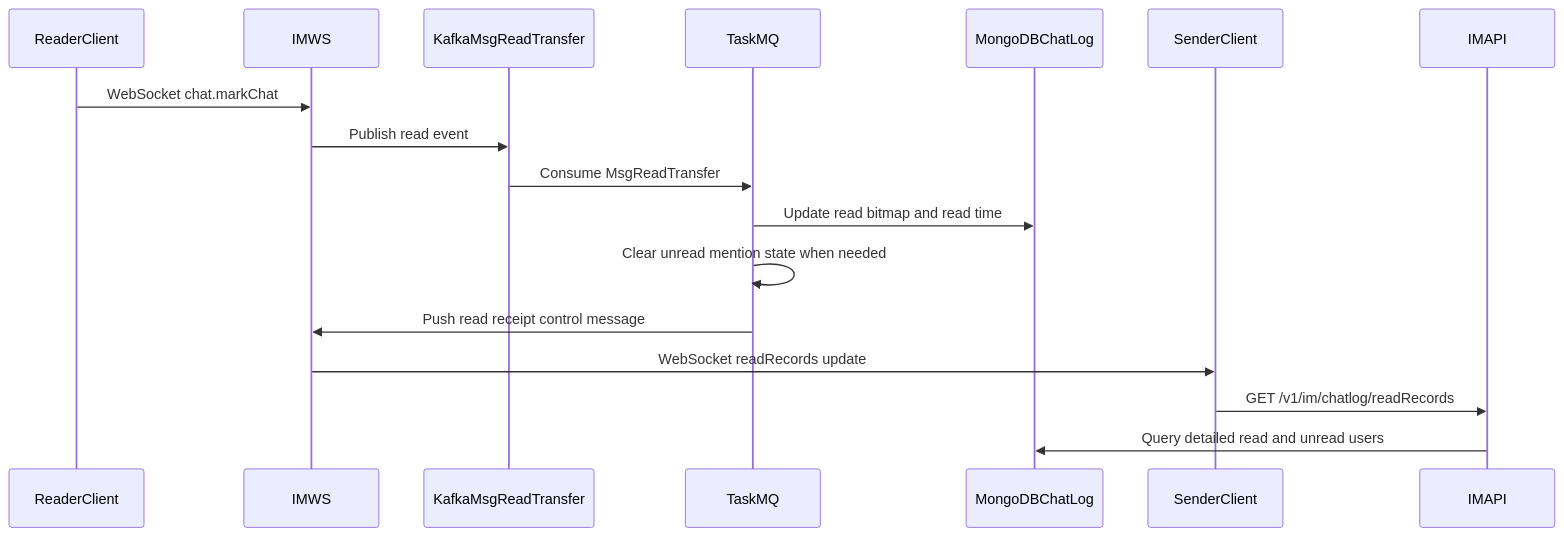
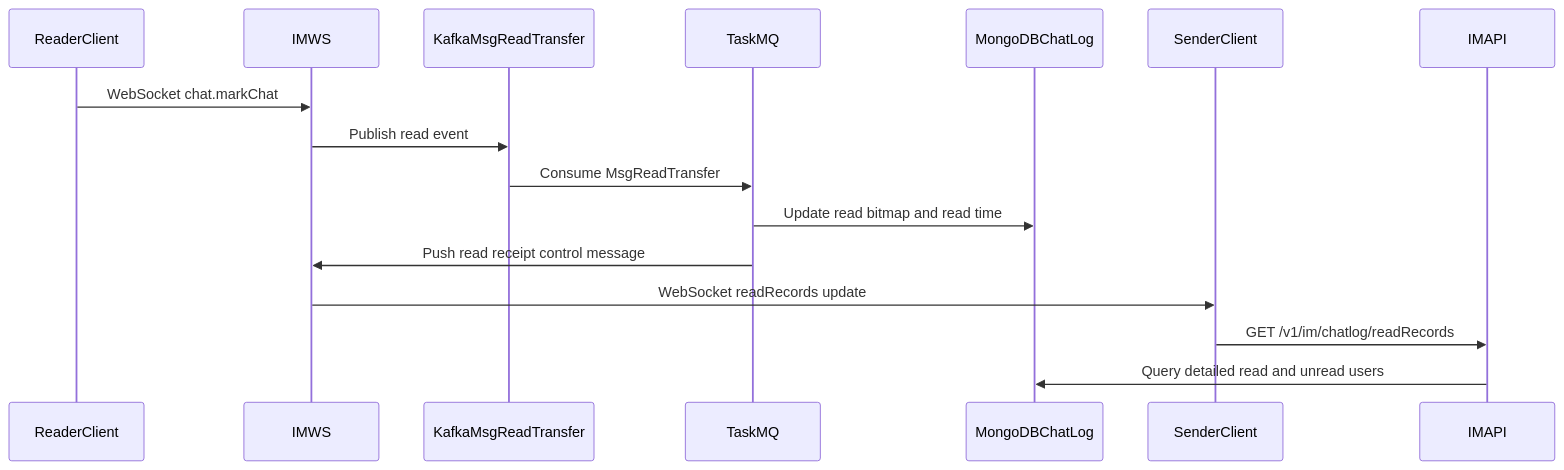
Before and after one commit to iceymoss/go-hichat-api: the second of 4 diagrams in README.md, drawn with Mermaid. The commit also changed other lines of this file and 1 other file, not shown here.

Commit message:
docs: improve README architecture overview

````diff
--- a/README.md
+++ b/README.md
@@ -252,12 +117,11 @@
 ```mermaid
 sequenceDiagram
   ReaderClient->>IMWS: WebSocket chat.markChat
   IMWS->>KafkaMsgReadTransfer: Publish read event
   KafkaMsgReadTransfer->>TaskMQ: Consume MsgReadTransfer
   TaskMQ->>MongoDBChatLog: Update read bitmap and read time
-  TaskMQ->>TaskMQ: Clear unread mention state when needed
   TaskMQ->>IMWS: Push read receipt control message
   IMWS->>SenderClient: WebSocket readRecords update
   SenderClient->>IMAPI: GET /v1/im/chatlog/readRecords
   IMAPI->>MongoDBChatLog: Query detailed read and unread users
 ```
````
